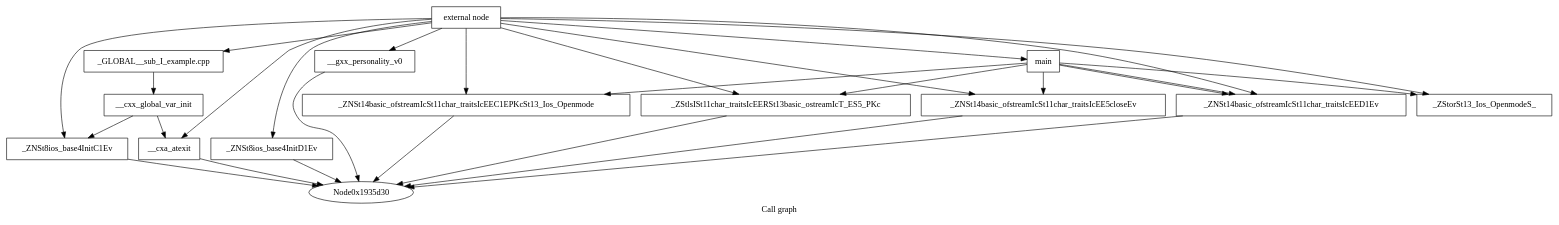
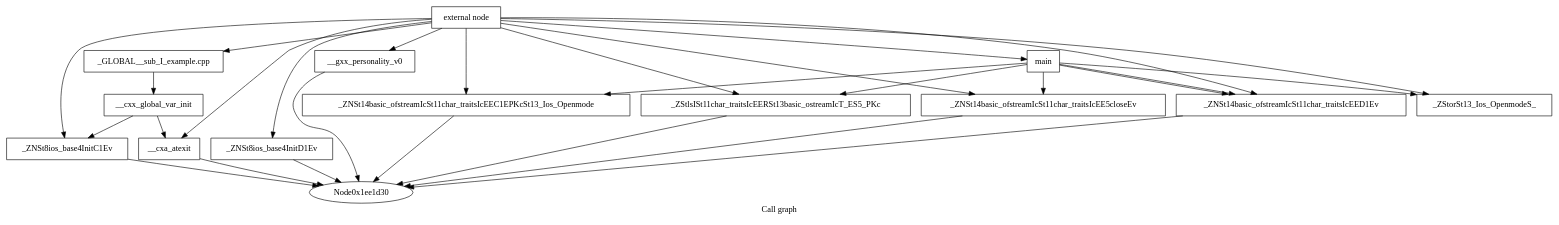
The diagram in example/cfgs/callgraph.dot (dtki7/flow-obfuscator), drawn with Graphviz before and after one commit. The commit also changed 19 other files, not shown here.

```diff
--- a/example/cfgs/callgraph.dot
+++ b/example/cfgs/callgraph.dot
@@ -1,45 +1,45 @@
 digraph "Call graph" {
 	label="Call graph";
 
-	Node0x1935d00 [shape=record,label="{external node}"];
-	Node0x1935d00 -> Node0x1935e10;
-	Node0x1935d00 -> Node0x1935f50;
-	Node0x1935d00 -> Node0x1935eb0;
-	Node0x1935d00 -> Node0x1936080;
-	Node0x1935d00 -> Node0x19360f0;
-	Node0x1935d00 -> Node0x1936190;
-	Node0x1935d00 -> Node0x1936120;
-	Node0x1935d00 -> Node0x1936410;
-	Node0x1935d00 -> Node0x19362d0;
-	Node0x1935d00 -> Node0x1936340;
-	Node0x1935d00 -> Node0x1936510;
-	Node0x1935da0 [shape=record,label="{__cxx_global_var_init}"];
-	Node0x1935da0 -> Node0x1935e10;
-	Node0x1935da0 -> Node0x1935eb0;
-	Node0x1935e10 [shape=record,label="{_ZNSt8ios_base4InitC1Ev}"];
-	Node0x1935e10 -> Node0x1935d30;
-	Node0x1935f50 [shape=record,label="{_ZNSt8ios_base4InitD1Ev}"];
-	Node0x1935f50 -> Node0x1935d30;
-	Node0x1935eb0 [shape=record,label="{__cxa_atexit}"];
-	Node0x1935eb0 -> Node0x1935d30;
-	Node0x1936410 [shape=record,label="{__gxx_personality_v0}"];
-	Node0x1936410 -> Node0x1935d30;
-	Node0x1936080 [shape=record,label="{main}"];
-	Node0x1936080 -> Node0x19360f0;
-	Node0x1936080 -> Node0x1936190;
-	Node0x1936080 -> Node0x1936120;
-	Node0x1936080 -> Node0x19362d0;
-	Node0x1936080 -> Node0x1936340;
-	Node0x1936080 -> Node0x1936340;
-	Node0x19360f0 [shape=record,label="{_ZStorSt13_Ios_OpenmodeS_}"];
-	Node0x1936190 [shape=record,label="{_ZNSt14basic_ofstreamIcSt11char_traitsIcEEC1EPKcSt13_Ios_Openmode}"];
-	Node0x1936190 -> Node0x1935d30;
-	Node0x1936120 [shape=record,label="{_ZStlsISt11char_traitsIcEERSt13basic_ostreamIcT_ES5_PKc}"];
-	Node0x1936120 -> Node0x1935d30;
-	Node0x19362d0 [shape=record,label="{_ZNSt14basic_ofstreamIcSt11char_traitsIcEE5closeEv}"];
-	Node0x19362d0 -> Node0x1935d30;
-	Node0x1936340 [shape=record,label="{_ZNSt14basic_ofstreamIcSt11char_traitsIcEED1Ev}"];
-	Node0x1936340 -> Node0x1935d30;
-	Node0x1936510 [shape=record,label="{_GLOBAL__sub_I_example.cpp}"];
-	Node0x1936510 -> Node0x1935da0;
+	Node0x1ee1d00 [shape=record,label="{external node}"];
+	Node0x1ee1d00 -> Node0x1ee1e10;
+	Node0x1ee1d00 -> Node0x1ee1f50;
+	Node0x1ee1d00 -> Node0x1ee1eb0;
+	Node0x1ee1d00 -> Node0x1ee2080;
+	Node0x1ee1d00 -> Node0x1ee20f0;
+	Node0x1ee1d00 -> Node0x1ee2190;
+	Node0x1ee1d00 -> Node0x1ee2120;
+	Node0x1ee1d00 -> Node0x1ee2410;
+	Node0x1ee1d00 -> Node0x1ee22d0;
+	Node0x1ee1d00 -> Node0x1ee2340;
+	Node0x1ee1d00 -> Node0x1ee2510;
+	Node0x1ee1da0 [shape=record,label="{__cxx_global_var_init}"];
+	Node0x1ee1da0 -> Node0x1ee1e10;
+	Node0x1ee1da0 -> Node0x1ee1eb0;
+	Node0x1ee1e10 [shape=record,label="{_ZNSt8ios_base4InitC1Ev}"];
+	Node0x1ee1e10 -> Node0x1ee1d30;
+	Node0x1ee1f50 [shape=record,label="{_ZNSt8ios_base4InitD1Ev}"];
+	Node0x1ee1f50 -> Node0x1ee1d30;
+	Node0x1ee1eb0 [shape=record,label="{__cxa_atexit}"];
+	Node0x1ee1eb0 -> Node0x1ee1d30;
+	Node0x1ee2410 [shape=record,label="{__gxx_personality_v0}"];
+	Node0x1ee2410 -> Node0x1ee1d30;
+	Node0x1ee2080 [shape=record,label="{main}"];
+	Node0x1ee2080 -> Node0x1ee20f0;
+	Node0x1ee2080 -> Node0x1ee2190;
+	Node0x1ee2080 -> Node0x1ee2120;
+	Node0x1ee2080 -> Node0x1ee22d0;
+	Node0x1ee2080 -> Node0x1ee2340;
+	Node0x1ee2080 -> Node0x1ee2340;
+	Node0x1ee20f0 [shape=record,label="{_ZStorSt13_Ios_OpenmodeS_}"];
+	Node0x1ee2190 [shape=record,label="{_ZNSt14basic_ofstreamIcSt11char_traitsIcEEC1EPKcSt13_Ios_Openmode}"];
+	Node0x1ee2190 -> Node0x1ee1d30;
+	Node0x1ee2120 [shape=record,label="{_ZStlsISt11char_traitsIcEERSt13basic_ostreamIcT_ES5_PKc}"];
+	Node0x1ee2120 -> Node0x1ee1d30;
+	Node0x1ee22d0 [shape=record,label="{_ZNSt14basic_ofstreamIcSt11char_traitsIcEE5closeEv}"];
+	Node0x1ee22d0 -> Node0x1ee1d30;
+	Node0x1ee2340 [shape=record,label="{_ZNSt14basic_ofstreamIcSt11char_traitsIcEED1Ev}"];
+	Node0x1ee2340 -> Node0x1ee1d30;
+	Node0x1ee2510 [shape=record,label="{_GLOBAL__sub_I_example.cpp}"];
+	Node0x1ee2510 -> Node0x1ee1da0;
 }
```
